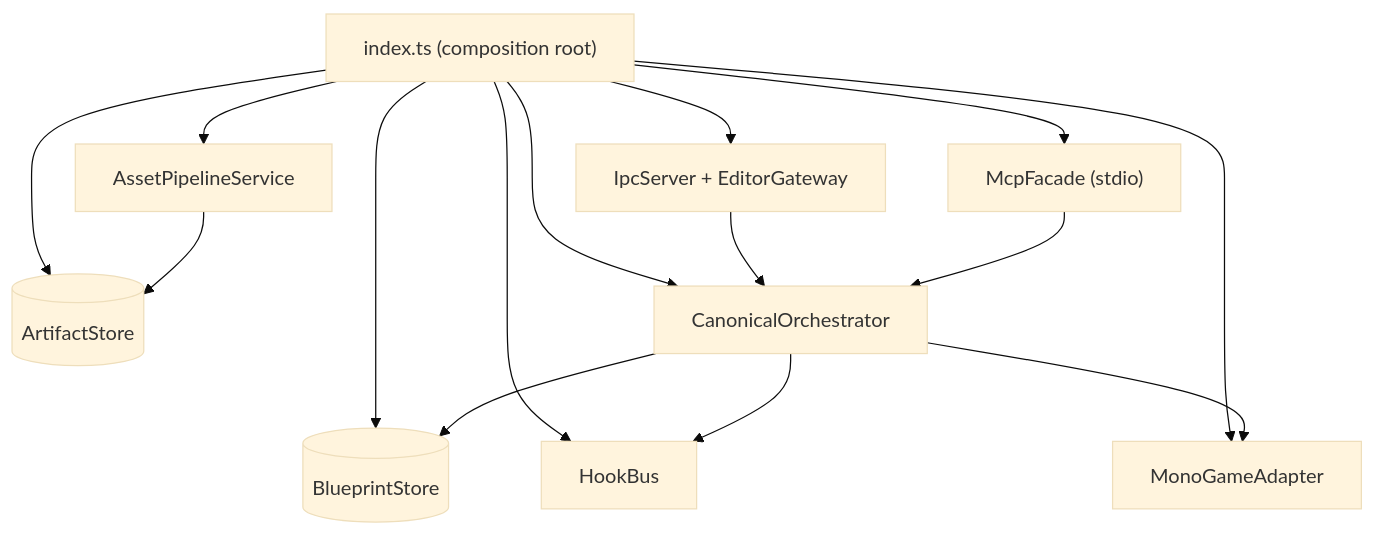
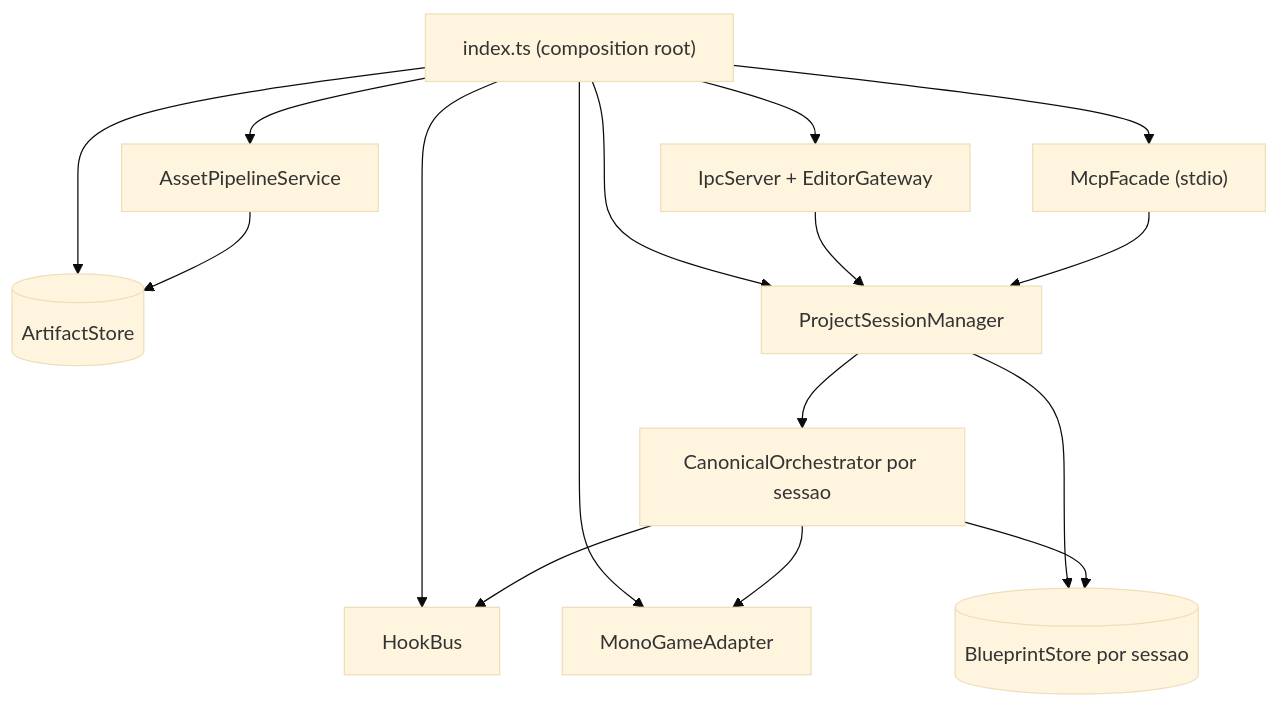
Before and after one commit to flaviotinococoutinho/Gridsmith: the fourth of 4 diagrams in middleware/README.md, drawn with Mermaid (base theme). The commit also changed other lines of this file and 68 other files, not shown here.

````diff
--- a/middleware/README.md
+++ b/middleware/README.md
@@ -176,19 +193,20 @@
 ```mermaid
 graph TD
   IDX["index.ts (composition root)"]
-  IDX --> STORE[("BlueprintStore")]
   IDX --> HOOKS["HookBus"]
   IDX --> ARTS[("ArtifactStore")]
   IDX --> ADPT["MonoGameAdapter"]
-  IDX --> ORCH["CanonicalOrchestrator"]
+  IDX --> SESS["ProjectSessionManager"]
+  SESS --> STORE[("BlueprintStore por sessao")]
+  SESS --> ORCH["CanonicalOrchestrator por sessao"]
   IDX --> IPC["IpcServer + EditorGateway"]
   IDX --> MCP["McpFacade (stdio)"]
   IDX --> ASSETS["AssetPipelineService"]
 
   ORCH --> STORE
   ORCH --> HOOKS
   ORCH --> ADPT
-  IPC --> ORCH
-  MCP --> ORCH
+  IPC --> SESS
+  MCP --> SESS
   ASSETS --> ARTS
 ```
````
